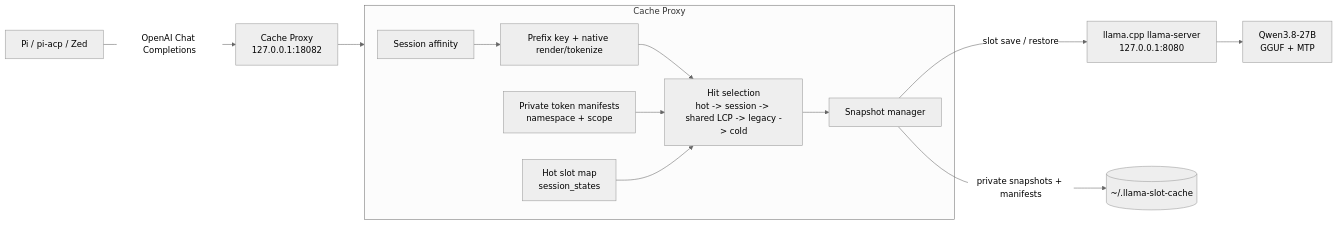
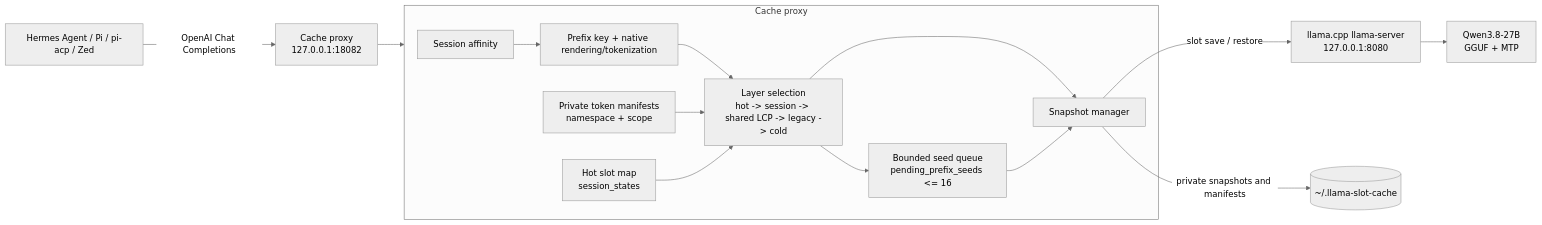
One commit to gbuisson/local-llm-kv-cache changed the first of 8 diagrams in DESIGN.md. Above: the diagram before and after it, drawn with Mermaid (neutral theme). The commit also changed other lines of this file and 2 other files, not shown here.

Commit message:
docs: translate and update cache documentation

```diff
--- a/DESIGN.md
+++ b/DESIGN.md
@@ -28,22 +27,24 @@
 ~~~mermaid
 flowchart LR
-    C["Pi / pi-acp / Zed"] -->|OpenAI Chat Completions| P["Cache Proxy<br/>127.0.0.1:18082"]
+    C["Hermes Agent / Pi / pi-acp / Zed"] -->|OpenAI Chat Completions| P["Cache proxy<br/>127.0.0.1:18082"]
 
-    subgraph CACHE["Cache Proxy"]
+    subgraph CACHE["Cache proxy"]
         A["Session affinity"]
-        K["Prefix key + native render/tokenize"]
+        K["Prefix key + native rendering/tokenization"]
         H["Hot slot map<br/>session_states"]
-        R["Hit selection<br/>hot -> session -> shared LCP -> legacy -> cold"]
+        R["Layer selection<br/>hot -> session -> shared LCP -> legacy -> cold"]
         S["Snapshot manager"]
         M["Private token manifests<br/>namespace + scope"]
+        Q["Bounded seed queue<br/>pending_prefix_seeds <= 16"]
         A --> K --> R
         M --> R
         H --> R
         R --> S
+        R --> Q --> S
     end
 
     P --> CACHE
     S -->|slot save / restore| L["llama.cpp llama-server<br/>127.0.0.1:8080"]
-    S -->|private snapshots + manifests| D[("~/.llama-slot-cache")]
+    S -->|private snapshots and manifests| D[("~/.llama-slot-cache")]
     L --> G["Qwen3.8-27B<br/>GGUF + MTP"]
 ~~~
```
